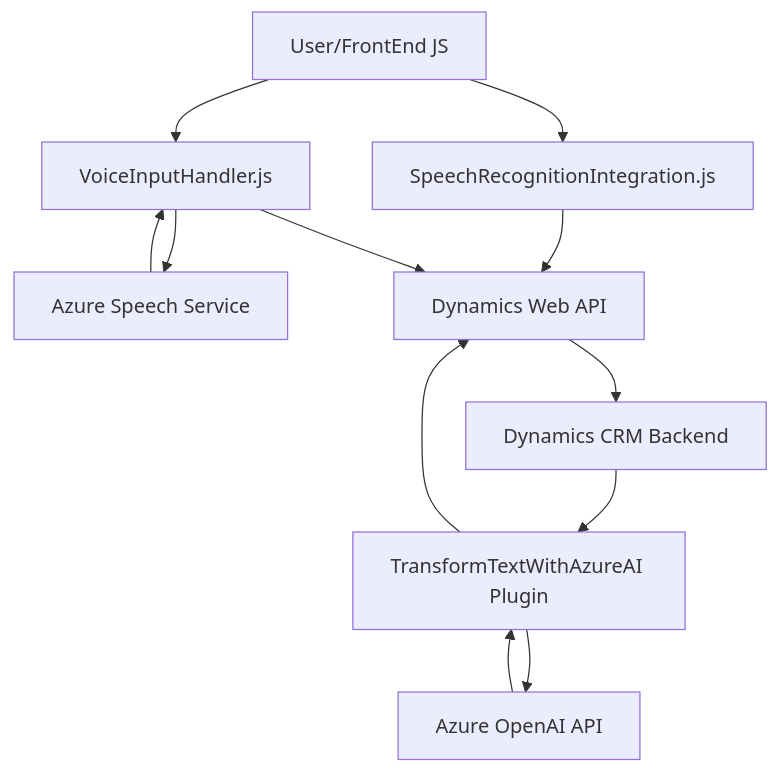
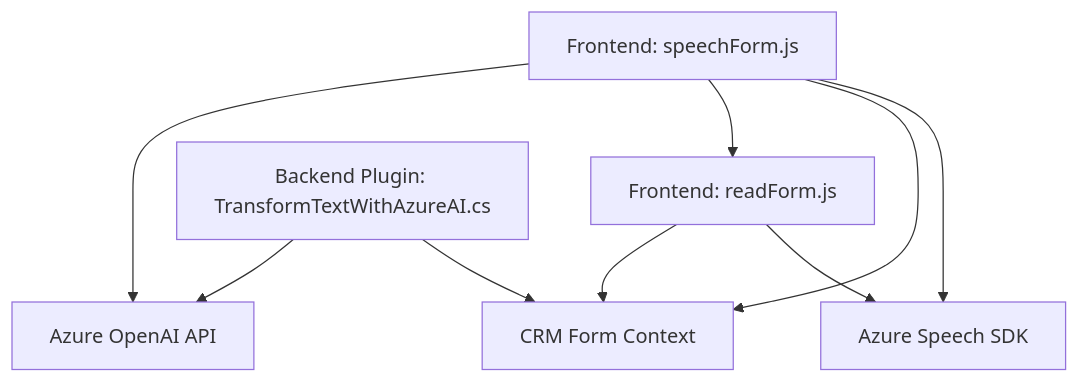
The diagram in README.md (blopezdm/NETCORE_BILBAO2025), drawn with Mermaid before and after one commit. The commit also changed other lines of this file, not shown here.

````diff
--- a/README.md
+++ b/README.md
@@ -36,23 +32,18 @@
 ```mermaid
 graph TD
-    A["User/FrontEnd JS"]
-    B["VoiceInputHandler.js"]
-    C["SpeechRecognitionIntegration.js"]
-    D["Dynamics CRM Backend"]
-    E["TransformTextWithAzureAI Plugin"]
-    F["Azure Speech Service"]
-    G["Azure OpenAI API"]
-    H["Dynamics Web API"]
-    
-    A --> B 
-    A --> C 
-    B --> F 
-    C --> H
-    B --> H 
-    H --> D 
-    D --> E 
-    E --> G
-    E --> H
-    F --> B 
-    G --> E
+A["Frontend: readForm.js"]
+B["Frontend: speechForm.js"]
+C["Backend Plugin: TransformTextWithAzureAI.cs"]
+D["Azure Speech SDK"]
+E["Azure OpenAI API"]
+F["CRM Form Context"]
+
+A --> D
+A --> F
+B --> D
+B --> F
+B --> A
+B --> E
+C --> F
+C --> E
 ```
````
